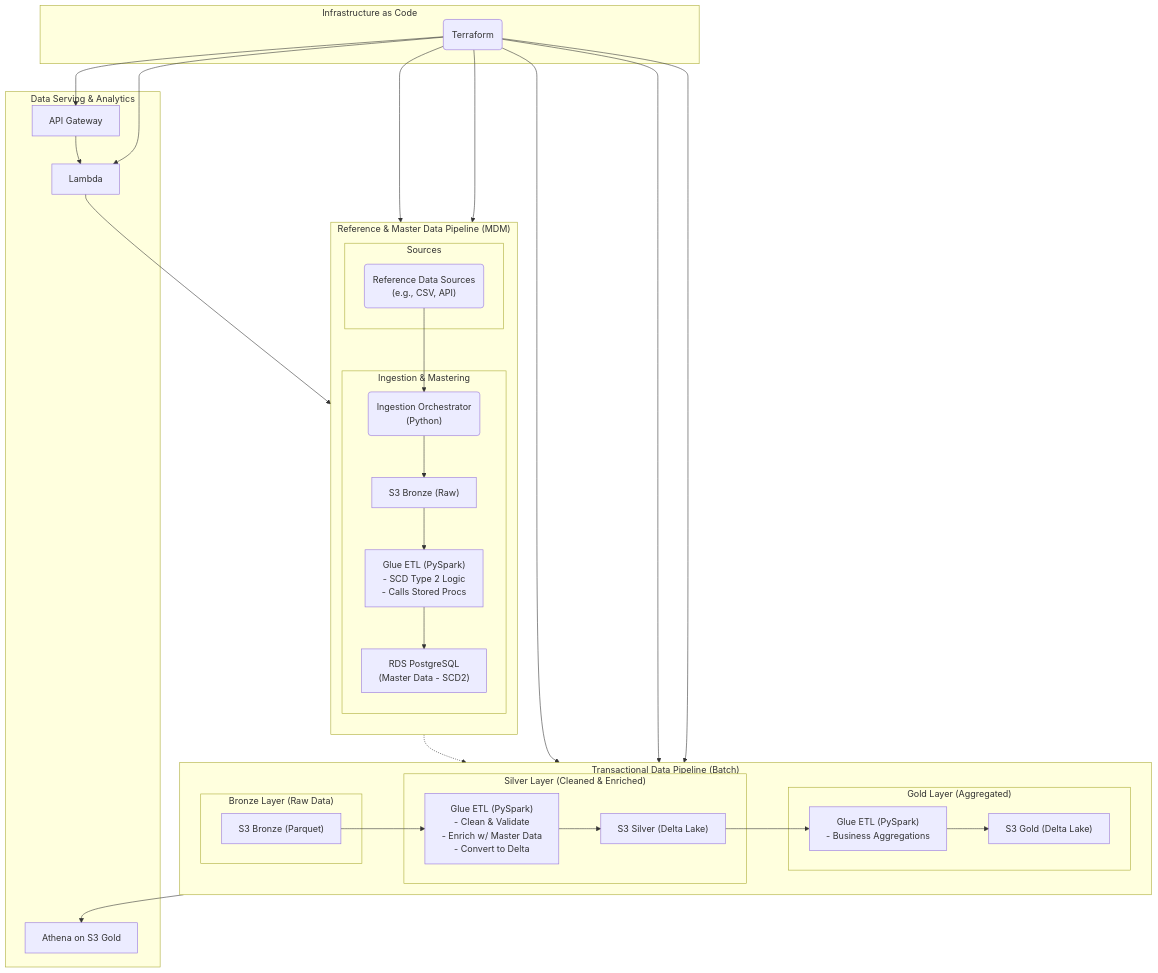
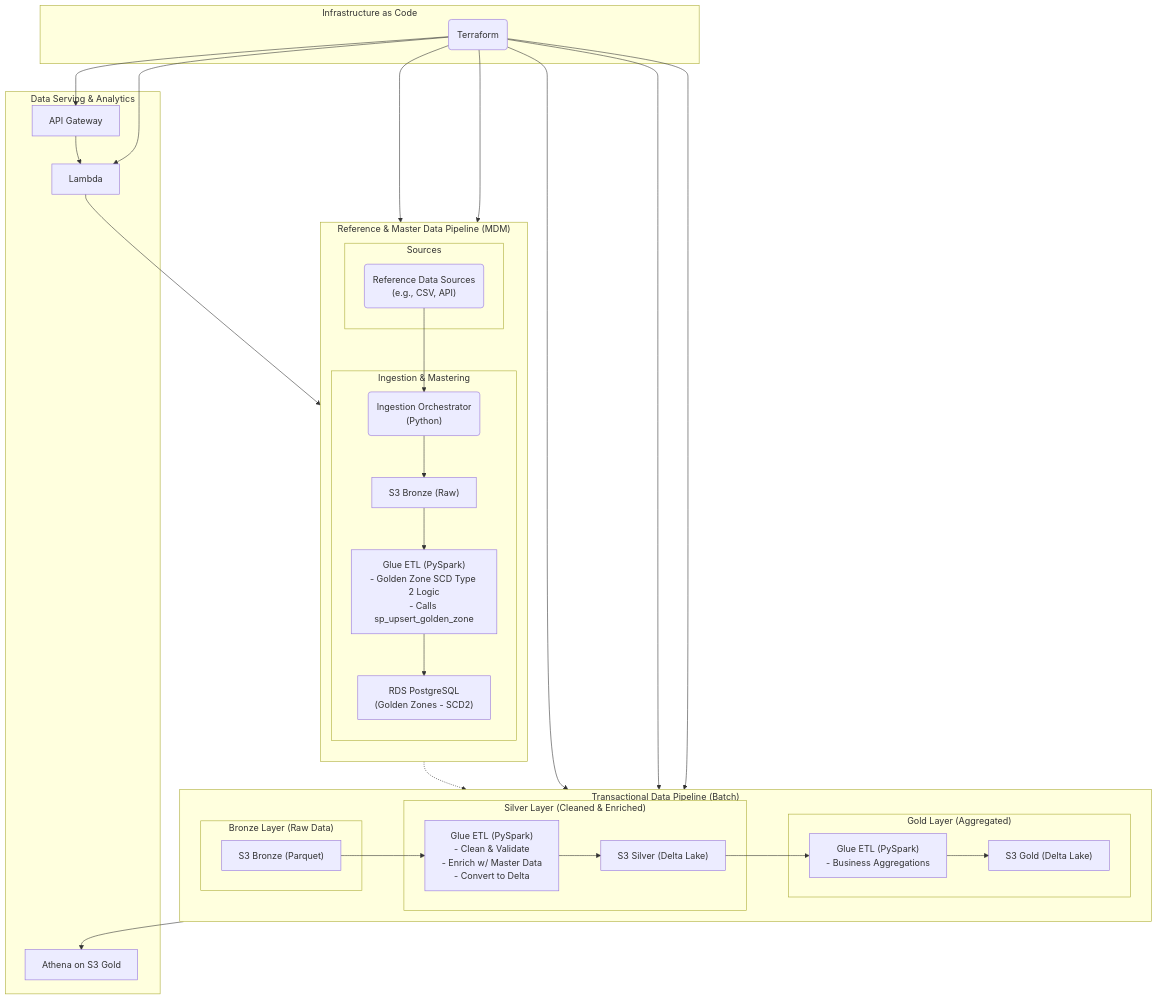
The diagram in docs/architecture.md (poojithaemani/Data_Pipeline_NYC_taxi_mdm), drawn with Mermaid before and after one commit. The commit also changed other lines of this file and 8 other files, not shown here.

Commit message:
golden zone pipeline

````diff
--- a/docs/architecture.md
+++ b/docs/architecture.md
@@ -95,46 +87,46 @@
 ```mermaid
 graph TD
     subgraph "Infrastructure as Code"
         Terraform("Terraform")
     end
 
     subgraph "Transactional Data Pipeline (Batch)"
         direction LR
         subgraph "Bronze Layer (Raw Data)"
             S3_Bronze_T["S3 Bronze (Parquet)"]
         end
         subgraph "Silver Layer (Cleaned & Enriched)"
             Glue_ETL_Silver["Glue ETL (PySpark)<br/>- Clean & Validate<br/>- Enrich w/ Master Data<br/>- Convert to Delta"]
             S3_Silver["S3 Silver (Delta Lake)"]
         end
         subgraph "Gold Layer (Aggregated)"
             Glue_ETL_Gold["Glue ETL (PySpark)<br/>- Business Aggregations"]
             S3_Gold["S3 Gold (Delta Lake)"]
         end
         S3_Bronze_T --> Glue_ETL_Silver --> S3_Silver --> Glue_ETL_Gold --> S3_Gold
     end
 
     subgraph "Reference & Master Data Pipeline (MDM)"
         direction TB
         subgraph "Sources"
             Ref_Sources("Reference Data Sources<br/>(e.g., CSV, API)")
         end
         subgraph "Ingestion & Mastering"
             Ingestion_Orchestrator("Ingestion Orchestrator<br/>(Python)")
             S3_Bronze_R["S3 Bronze (Raw)"]
-            Glue_ETL_MDM["Glue ETL (PySpark)<br/>- SCD Type 2 Logic<br/>- Calls Stored Procs"]
-            RDS_PG["RDS PostgreSQL<br/>(Master Data - SCD2)"]
+            Glue_ETL_GoldenZone["Glue ETL (PySpark)<br/>- Golden Zone SCD Type 2 Logic<br/>- Calls sp_upsert_golden_zone"]
+            RDS_PG["RDS PostgreSQL<br/>(Golden Zones - SCD2)"]
         end
         Ref_Sources --> Ingestion_Orchestrator --> S3_Bronze_R
-        S3_Bronze_R --> Glue_ETL_MDM --> RDS_PG
+        S3_Bronze_R --> Glue_ETL_GoldenZone --> RDS_PG
     end
 
     subgraph "Data Serving & Analytics"
         Athena["Athena on S3 Gold"]
         API_GW["API Gateway"] --> Lambda["Lambda"] --> RDS_PG
     end
 
     Terraform --> S3_Bronze_T & S3_Bronze_R & Glue_ETL_Silver & Glue_ETL_Gold & RDS_PG & API_GW & Lambda
     RDS_PG -.-> Glue_ETL_Silver
     S3_Gold --> Athena
 ```
````
